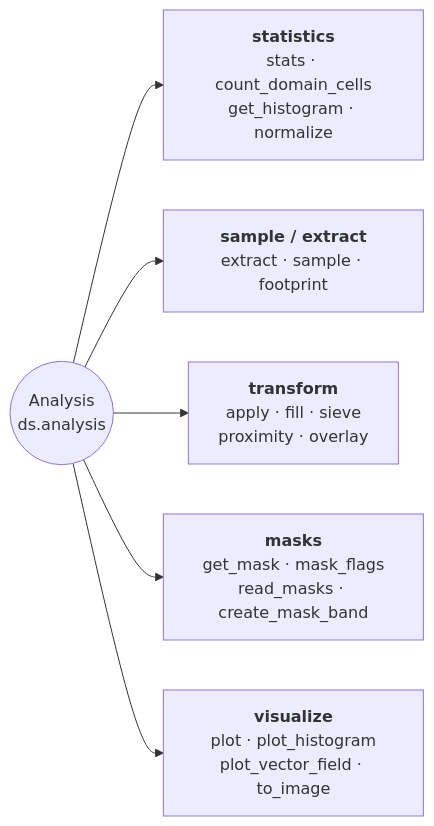
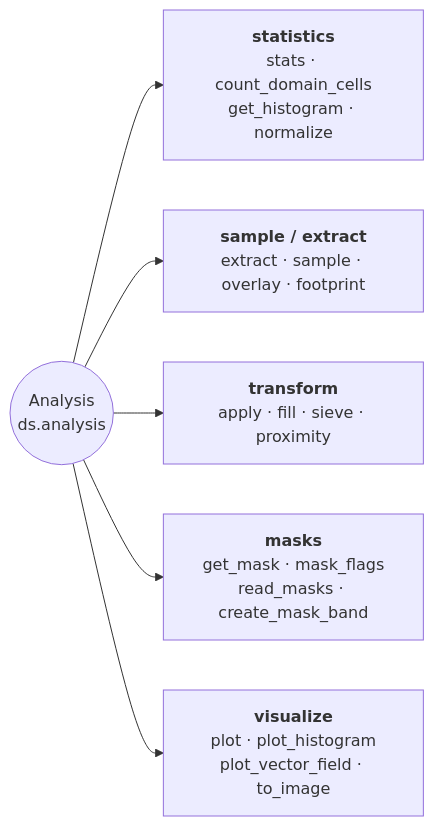
Before and after one commit to serapeum-org/pyramids: the diagram in docs/reference/dataset/analysis.md, drawn with Mermaid. The commit also changed 3 other files, not shown here.

First line of the commit message:
docs(dataset): correct engine method-map diagram labels

````diff
--- a/docs/reference/dataset/analysis.md
+++ b/docs/reference/dataset/analysis.md
@@ -5,9 +5,9 @@
 ```mermaid
 flowchart LR
     AN(("Analysis<br/>ds.analysis"))
     AN --> S["<b>statistics</b><br/>stats · count_domain_cells<br/>get_histogram · normalize"]
-    AN --> E["<b>sample / extract</b><br/>extract · sample · footprint"]
-    AN --> T["<b>transform</b><br/>apply · fill · sieve<br/>proximity · overlay"]
+    AN --> E["<b>sample / extract</b><br/>extract · sample · overlay · footprint"]
+    AN --> T["<b>transform</b><br/>apply · fill · sieve · proximity"]
     AN --> M["<b>masks</b><br/>get_mask · mask_flags<br/>read_masks · create_mask_band"]
     AN --> V["<b>visualize</b><br/>plot · plot_histogram<br/>plot_vector_field · to_image"]
 ```
````
